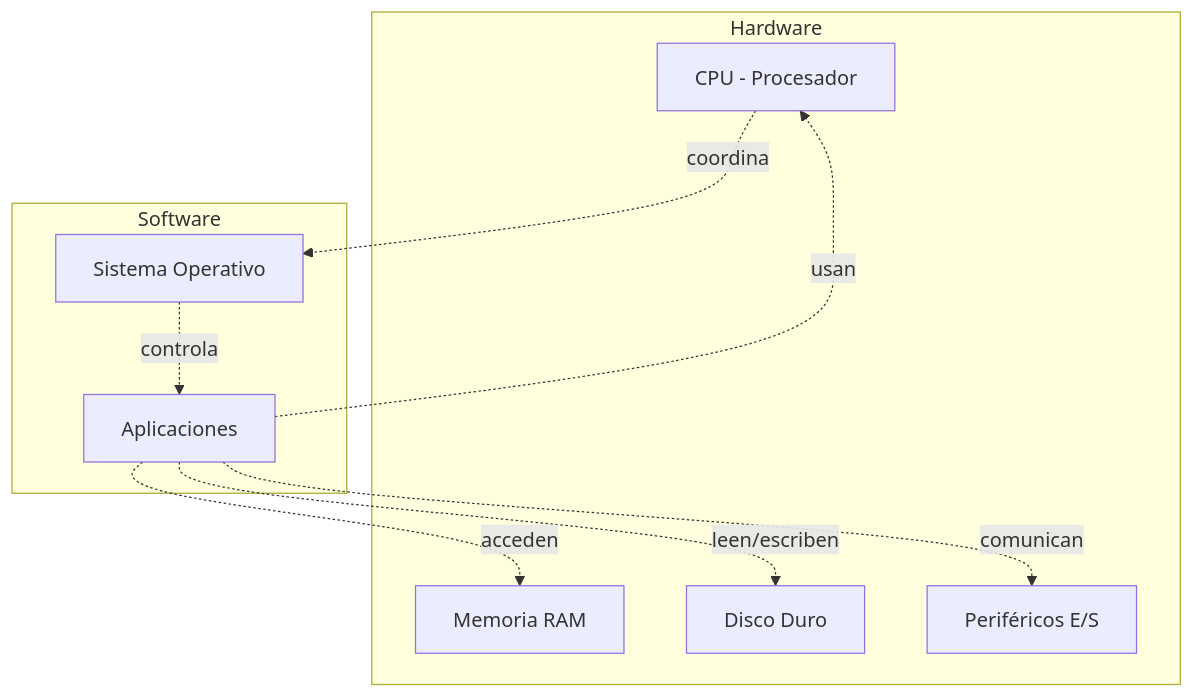
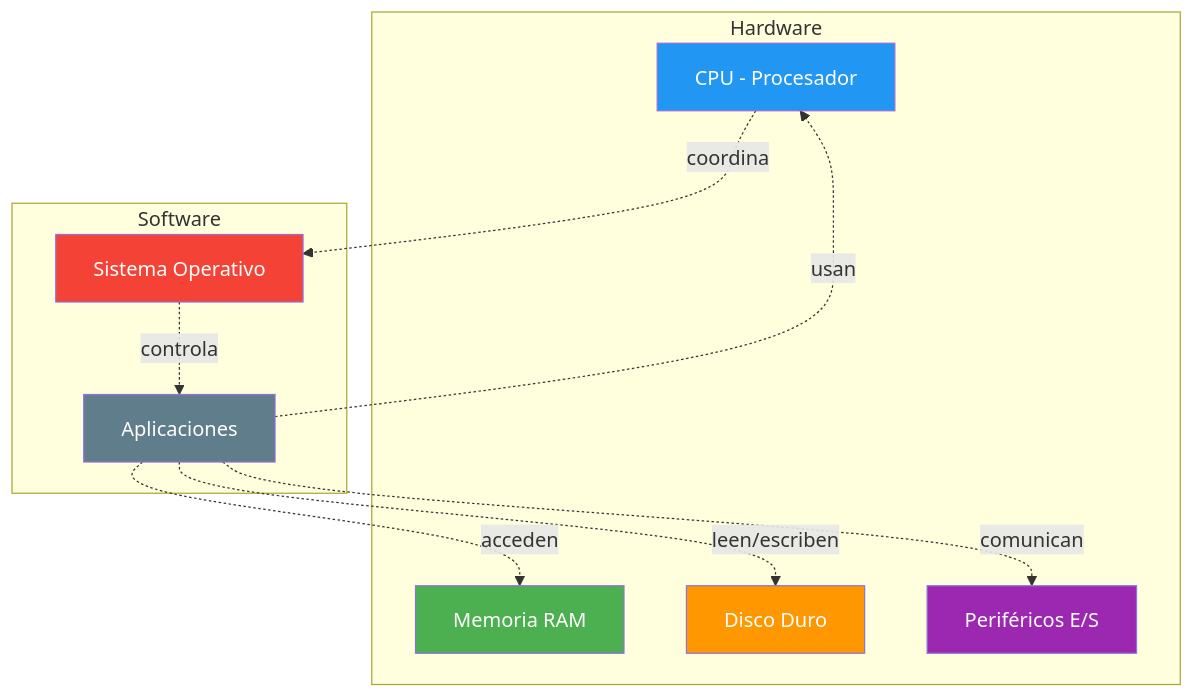
One commit to joseluisgs/EntornosDesarrollo-01-2026-2027 changed the first of 2 diagrams in 02-software-hardware.md. Above: the diagram before and after it, drawn with Mermaid. The commit also changed other lines of this file and 9 other files, not shown here.

Commit message:
[fix] Mejoras didácticas y corrección de colores Mermaid en UD01

````diff
--- a/02-software-hardware.md
+++ b/02-software-hardware.md
@@ -89,21 +116,28 @@
 ```mermaid
 graph TB
     subgraph Hardware
         CPU[CPU - Procesador]
         RAM[Memoria RAM]
         Disco[Disco Duro]
         E/S[Periféricos E/S]
     end
 
     subgraph Software
         SO[Sistema Operativo]
         Apps[Aplicaciones]
     end
 
     CPU -.->|coordina| SO
     SO -.->|controla| Apps
     Apps -.->|usan| CPU
     Apps -.->|acceden| RAM
     Apps -.->|leen/escriben| Disco
     Apps -.->|comunican| E/S
+
+    style CPU fill:#2196F3,color:#fff
+    style RAM fill:#4CAF50,color:#fff
+    style Disco fill:#FF9800,color:#fff
+    style E/S fill:#9C27B0,color:#fff
+    style SO fill:#f44336,color:#fff
+    style Apps fill:#607D8B,color:#fff
 ```
````
